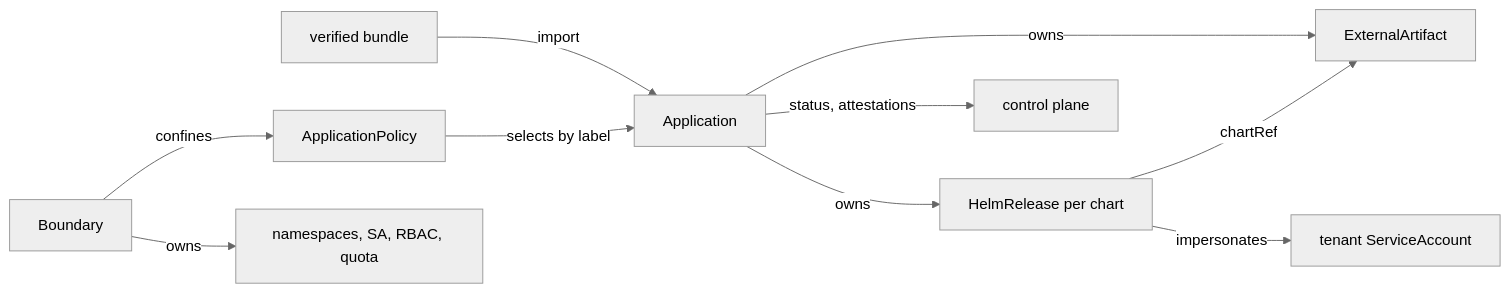
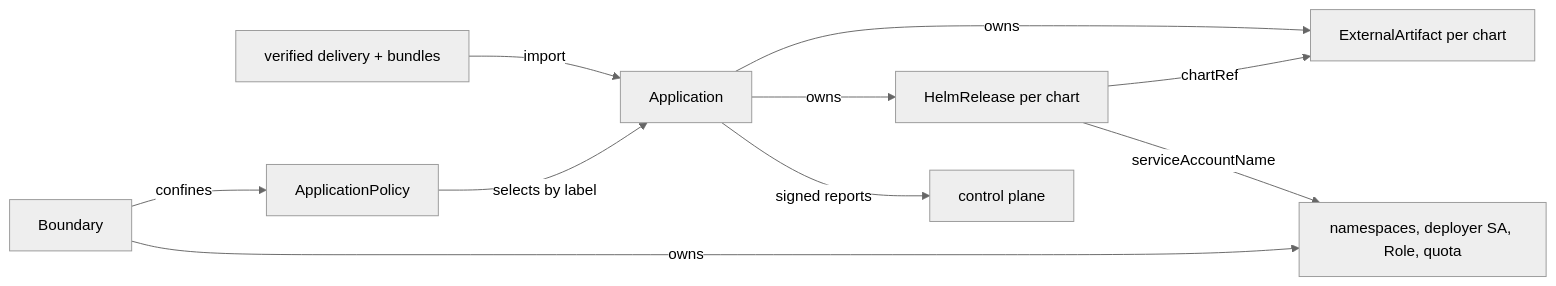
One commit to nirnanaaa/konfidence changed the diagram in docs/design/06-landscape-bridge-and-policy.md. Above: the diagram before and after it, drawn with Mermaid (neutral theme). The commit also changed other lines of this file and 12 other files, not shown here.

Commit message:
docs(design): apply adversarial review, add roadmap and ADR-0001

````diff
--- a/docs/design/06-landscape-bridge-and-policy.md
+++ b/docs/design/06-landscape-bridge-and-policy.md
@@ -22,12 +14,12 @@
 ```mermaid
 flowchart LR
-  B[verified bundle] -->|import| A[Application]
+  D[verified delivery + bundles] -->|import| A[Application]
   P[ApplicationPolicy] -->|selects by label| A
   BD[Boundary] -->|confines| P
-  A -->|owns| EA[ExternalArtifact]
+  A -->|owns| EA[ExternalArtifact per chart]
   A -->|owns| HR[HelmRelease per chart]
-  BD -->|owns| NS[namespaces, SA, RBAC, quota]
+  BD -->|owns| NS[namespaces, deployer SA, Role, quota]
   HR -->|chartRef| EA
-  HR -->|impersonates| SA[tenant ServiceAccount]
-  A -->|status, attestations| CP[control plane]
+  HR -->|serviceAccountName| NS
+  A -->|signed reports| CP[control plane]
 ```
````
